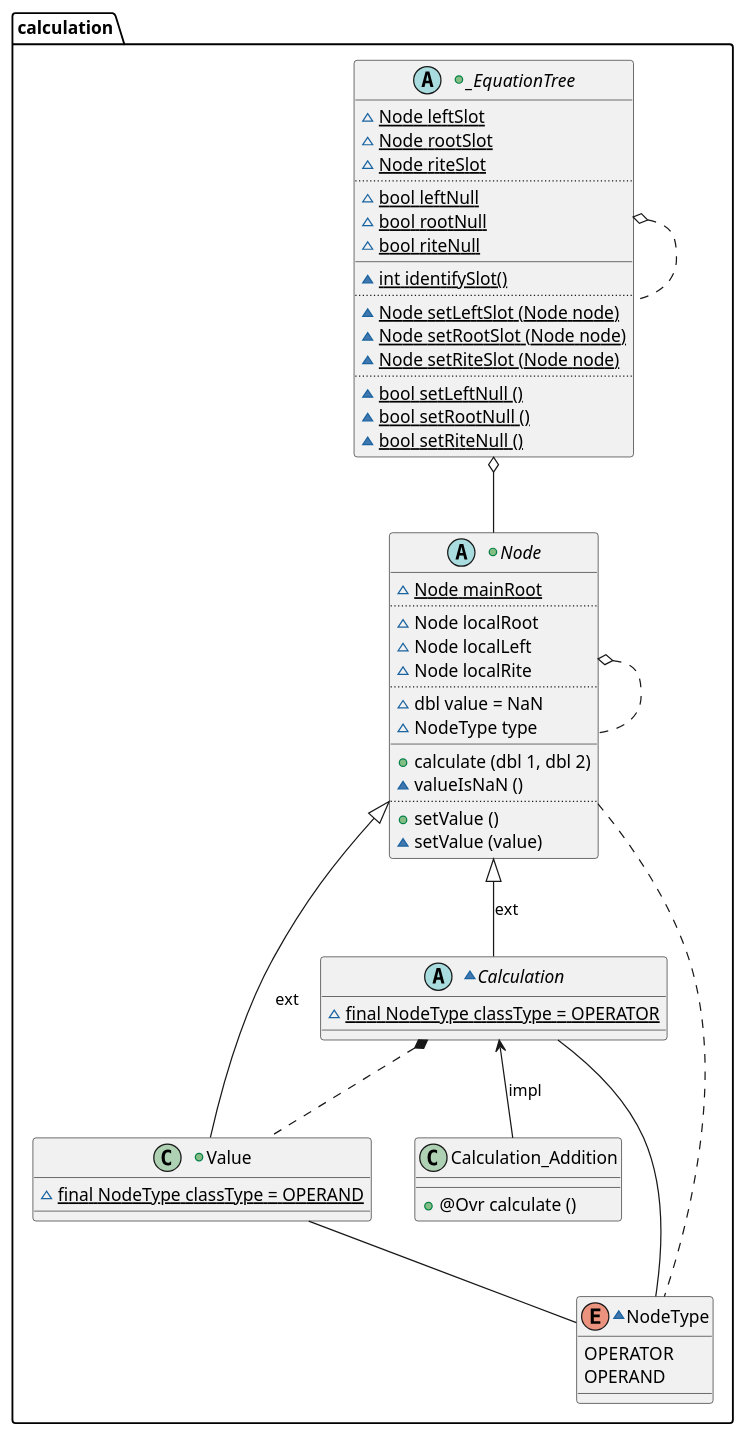
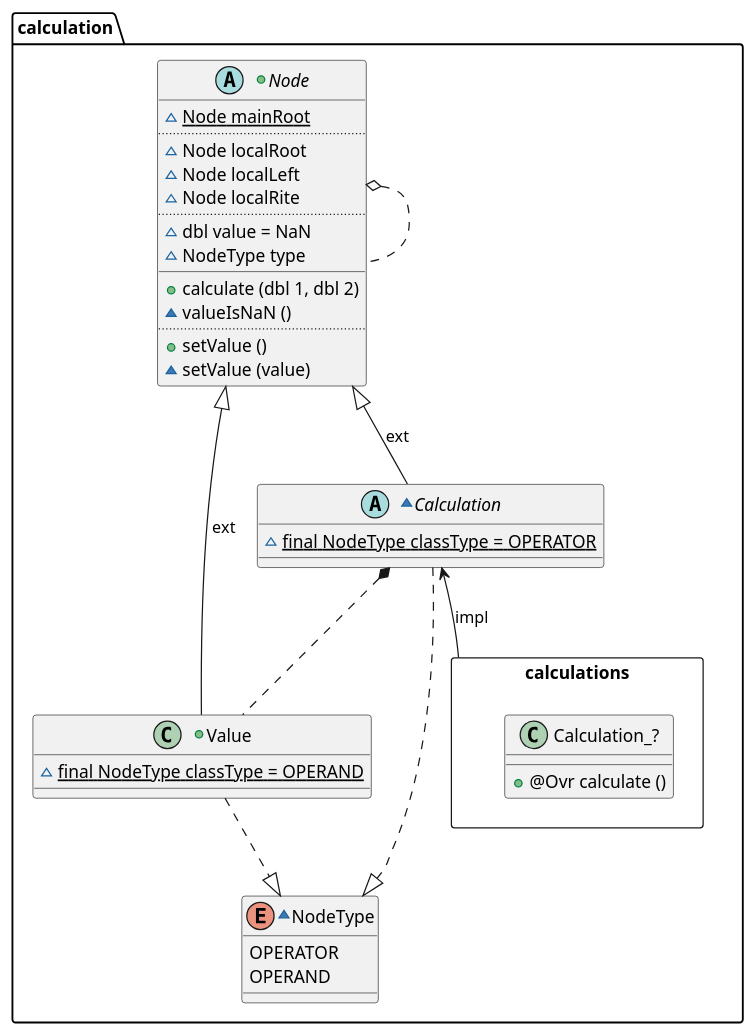
One commit to vitalispopoff/calculator changed the diagram in src/main/resources/package_calculation_strcucture.puml. Above: the diagram before and after it, drawn with PlantUML. The commit also changed 28 other files, not shown here.

```diff
--- a/src/main/resources/package_calculation_strcucture.puml
+++ b/src/main/resources/package_calculation_strcucture.puml
@@ -1,73 +1,50 @@
 @startuml
 
 package calculation{
-
-    +abstract _EquationTree{
-            ~{static} Node leftSlot
-            ~{static} Node rootSlot
-            ~{static} Node riteSlot
-        ..
-            ~{static} bool leftNull
-            ~{static} bool rootNull
-            ~{static} bool riteNull
-        __
-            ~{method}{static} int identifySlot()
-        ..
-            ~{method}{static} Node setLeftSlot (Node node)
-            ~{method}{static} Node setRootSlot (Node node)
-            ~{method}{static} Node setRiteSlot (Node node)
-        ..
-            ~{method}{static} bool setLeftNull ()
-            ~{method}{static} bool setRootNull ()
-            ~{method}{static} bool setRiteNull ()
-    }
 
     +abstract Node{
             ~{static} Node mainRoot
         ..
             ~{field} Node localRoot
             ~{field} Node localLeft
             ~{field} Node localRite
         ..
             ~{field} dbl value = NaN
             ~{field} NodeType type
         __
             +{method}calculate (dbl 1, dbl 2)
             ~{method} valueIsNaN ()
         ..
             +{method} setValue ()
             ~{method} setValue (value)
     }
 
     +class Value{
             ~{static} final NodeType classType = OPERAND
     }
 
     ~abstract Calculation{
             ~{static} final NodeType classType = OPERATOR
     }
 
-    class Calculation_Addition{
+    package calculations <<Rectangle>> {
+        class Calculation_?{
             +{method} @Ovr calculate ()
+        }
     }
 
     ~enum NodeType{
-'            BRACKET_IN
-'            BRACKET_OUT
             OPERATOR
             OPERAND
     }
 }
 
-    _EquationTree   o..     _EquationTree
-    _EquationTree   o--     Node
     Node            o..     Node
-    Node            ..      NodeType
     Node            <|--    Value                   : ext
     Node            <|--    Calculation             : ext
-    Calculation     <--     Calculation_Addition    : impl
+    Calculation     <--     calculations    : impl
     Calculation     *..     Value
-    Calculation     --      NodeType
-    Value           --      NodeType
+    Calculation     ..|>      NodeType
+    Value           ..|>      NodeType
 
 @enduml
```
